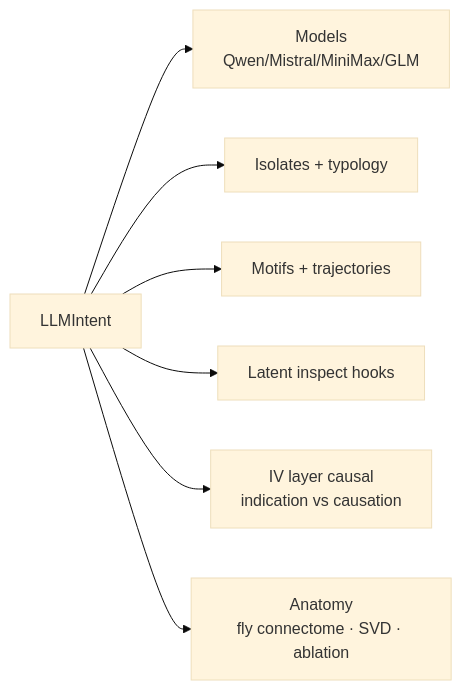
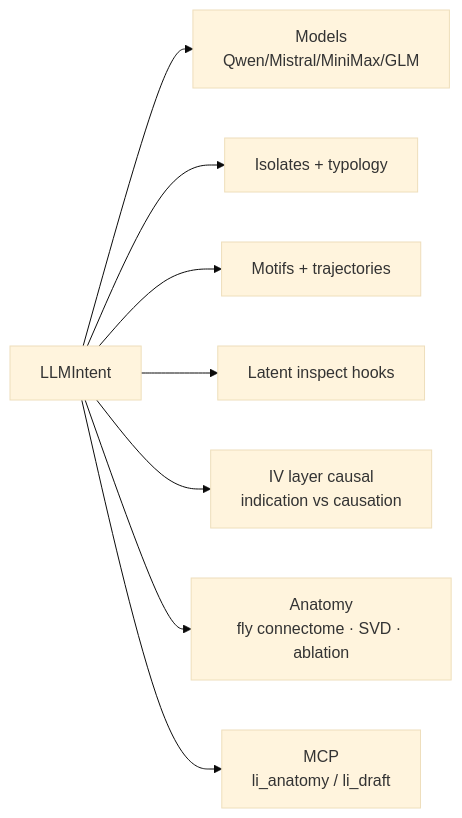
One commit to ehallford11714/llmintent changed the first of 3 diagrams in README.md. Above: the diagram before and after it, drawn with Mermaid (base theme). The commit also changed other lines of this file and 19 other files, not shown here.

First line of the commit message:
Release 1.4.0: map fly-connectome jobs onto LLM anatomy, draft reports, and drive the suite over MCP.

````diff
--- a/README.md
+++ b/README.md
@@ -184,10 +203,11 @@
 ```mermaid
 flowchart LR
   LI[LLMIntent]
   LI --> Models[Models<br/>Qwen/Mistral/MiniMax/GLM]
   LI --> Iso[Isolates + typology]
   LI --> Mot[Motifs + trajectories]
   LI --> Lat[Latent inspect hooks]
   LI --> IV[IV layer causal<br/>indication vs causation]
   LI --> An[Anatomy<br/>fly connectome · SVD · ablation]
+  LI --> Mcp[MCP<br/>li_anatomy / li_draft]
 ```
````
